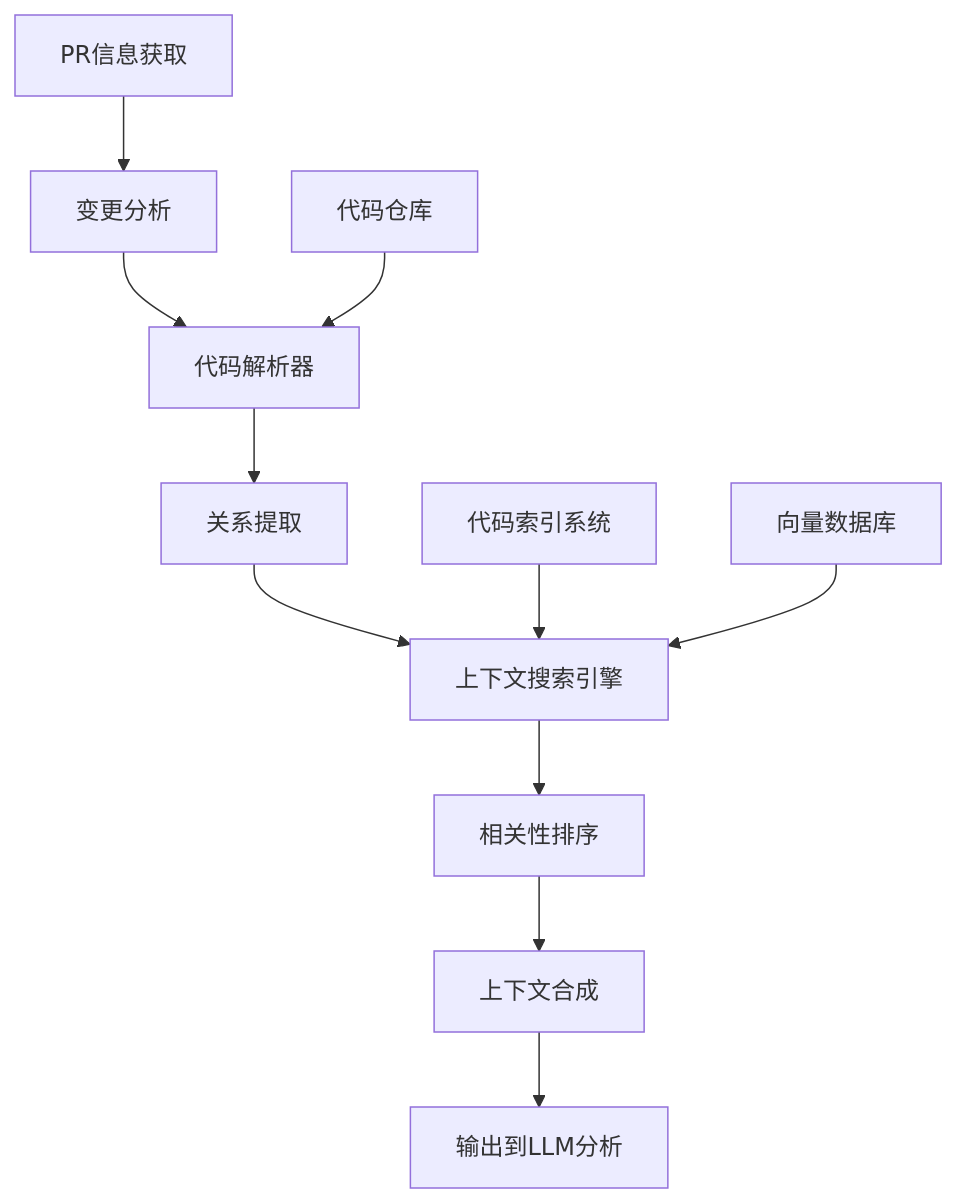
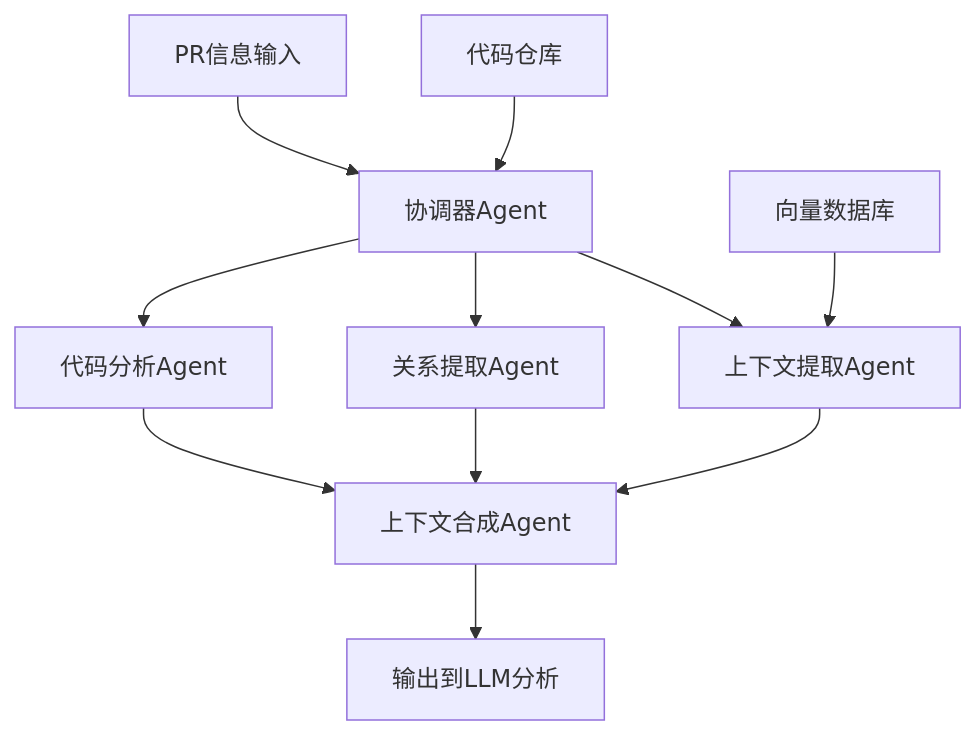
The diagram in docs/agent_based_context_extraction.md (unknownue/PRhythm), drawn with Mermaid before and after one commit. The commit also changed other lines of this file, not shown here.

````diff
--- a/docs/agent_based_context_extraction.md
+++ b/docs/agent_based_context_extraction.md
@@ -26,14 +26,14 @@
 ```mermaid
 graph TD
-    A[PR信息获取] --> B[变更分析]
-    B --> C[代码解析器]
-    C --> D[关系提取]
-    D --> E[上下文搜索引擎]
-    E --> F[相关性排序]
-    F --> G[上下文合成]
-    G --> H[输出到LLM分析]
+    A[PR信息输入] --> B[协调器Agent]
+    B --> C[代码分析Agent]
+    B --> D[关系提取Agent]
+    B --> E[上下文提取Agent]
+    C --> F[上下文合成Agent]
+    D --> F
+    E --> F
+    F --> G[输出到LLM分析]
     
-    I[代码索引系统] --> E
-    J[向量数据库] --> E
-    K[代码仓库] --> C
+    H[代码仓库] --> B
+    I[向量数据库] --> E
 ```
````
